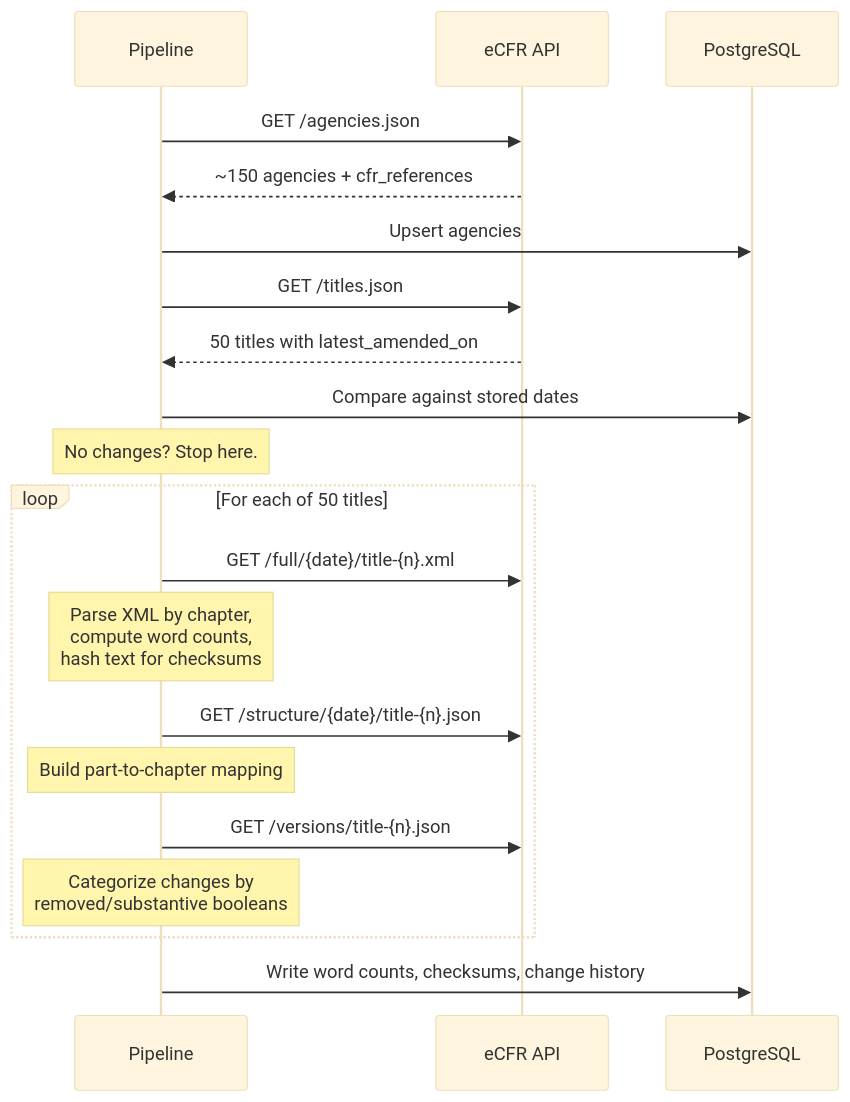
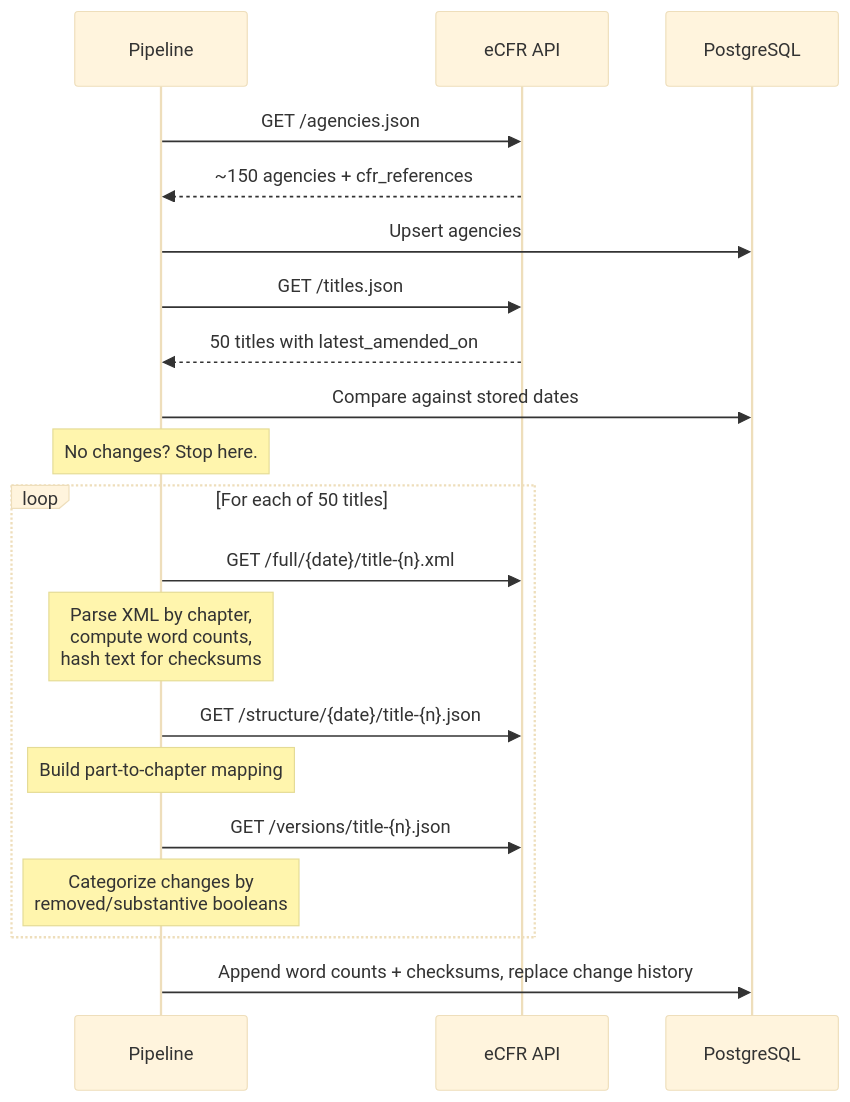
The first of 2 diagrams in README.md (Valerie-Freeman/ecfr-analyzer), drawn with Mermaid (base theme) before and after one commit. The commit also changed other lines of this file and 10 other files, not shown here.

First line of the commit message:
Add change detection: preserve word count/checksum history, seed baseline on first deploy

````diff
--- a/README.md
+++ b/README.md
@@ -48,29 +57,29 @@
 ```mermaid
 sequenceDiagram
     participant P as Pipeline
     participant API as eCFR API
     participant DB as PostgreSQL
 
     P->>API: GET /agencies.json
     API-->>P: ~150 agencies + cfr_references
     P->>DB: Upsert agencies
 
     P->>API: GET /titles.json
     API-->>P: 50 titles with latest_amended_on
     P->>DB: Compare against stored dates
 
     Note over P: No changes? Stop here.
 
     loop For each of 50 titles
         P->>API: GET /full/{date}/title-{n}.xml
         Note over P: Parse XML by chapter,<br/>compute word counts,<br/>hash text for checksums
 
         P->>API: GET /structure/{date}/title-{n}.json
         Note over P: Build part-to-chapter mapping
 
         P->>API: GET /versions/title-{n}.json
         Note over P: Categorize changes by<br/>removed/substantive booleans
     end
 
-    P->>DB: Write word counts, checksums, change history
+    P->>DB: Append word counts + checksums, replace change history
 ```
````
